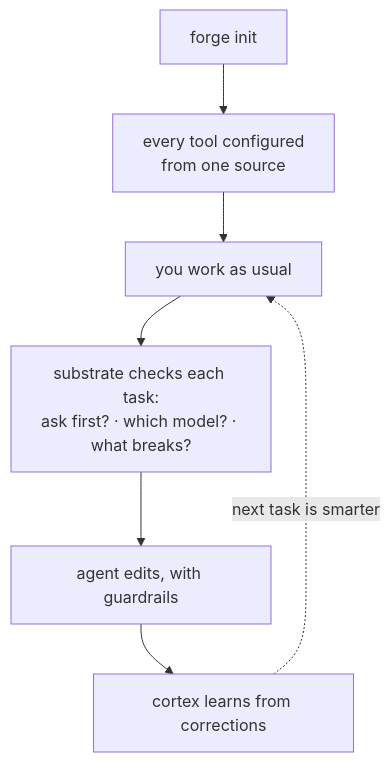
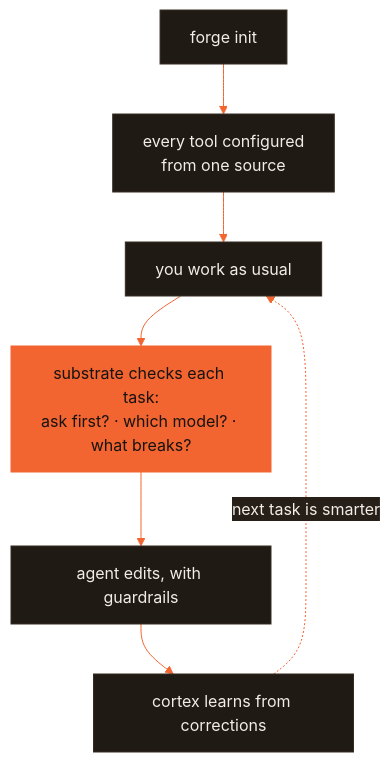
Before and after one commit to CodeWithJuber/forgekit: the diagram in ONBOARDING.md, drawn with Mermaid. The commit also changed other lines of this file and 14 other files, not shown here.

````diff
--- a/ONBOARDING.md
+++ b/ONBOARDING.md
@@ -7,9 +13,12 @@
 ```mermaid
+%%{init: {'theme':'base','themeVariables':{'primaryColor':'#201a15','primaryTextColor':'#f2ede7','primaryBorderColor':'#372c22','lineColor':'#f26430','secondaryColor':'#272019','tertiaryColor':'#171310','fontFamily':'ui-sans-serif, system-ui, sans-serif'}}}%%
 flowchart TD
     I["forge init"] --> Cfg["every tool configured<br/>from one source"]
     Cfg --> Work["you work as usual"]
     Work --> Gate["substrate checks each task:<br/>ask first? · which model? · what breaks?"]
     Gate --> Edit["agent edits, with guardrails"]
     Edit --> Learn["cortex learns from corrections"]
     Learn -.->|next task is smarter| Work
+    classDef accent fill:#f26430,stroke:#f26430,color:#171310;
+    class Gate accent;
 ```
````
